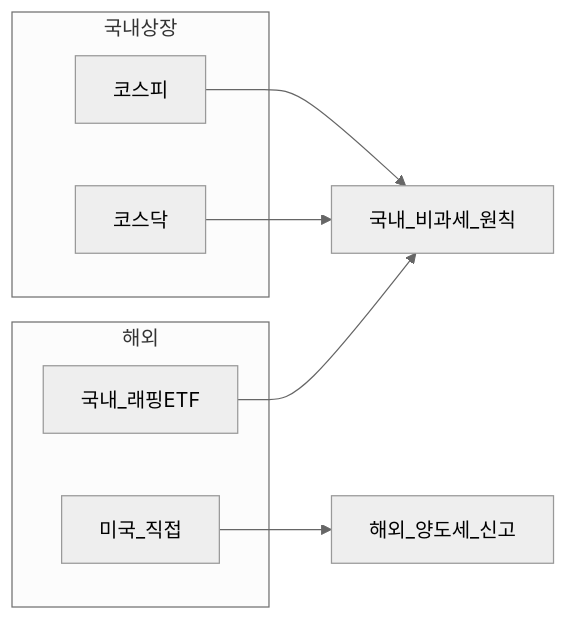
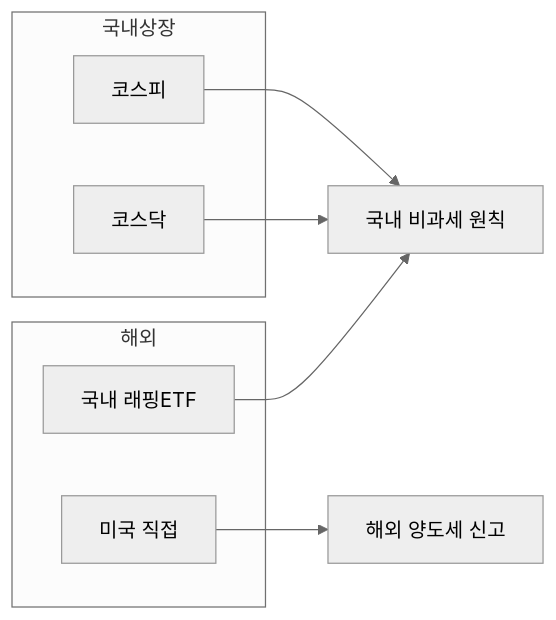
Before and after one commit to goldanghenry/Finances: the second of 2 diagrams in 03-markets/stocks-equities-intro.md, drawn with Mermaid (neutral theme). The commit also changed other lines of this file and 211 other files, not shown here.

````diff
--- a/03-markets/stocks-equities-intro.md
+++ b/03-markets/stocks-equities-intro.md
@@ -116,17 +125,17 @@
 ```mermaid
 flowchart LR
   subgraph KR [국내상장]
     Kospi[코스피]
     Kosdaq[코스닥]
   end
   subgraph OS [해외]
-    US[미국_직접]
-    Wrap[국내_래핑ETF]
+    US["미국 직접"]
+    Wrap["국내 래핑ETF"]
   end
-  TaxKR[국내_비과세_원칙]
-  TaxOS[해외_양도세_신고]
+  TaxKR["국내 비과세 원칙"]
+  TaxOS["해외 양도세 신고"]
   Kospi --> TaxKR
   Kosdaq --> TaxKR
   US --> TaxOS
   Wrap --> TaxKR
 ```
````
